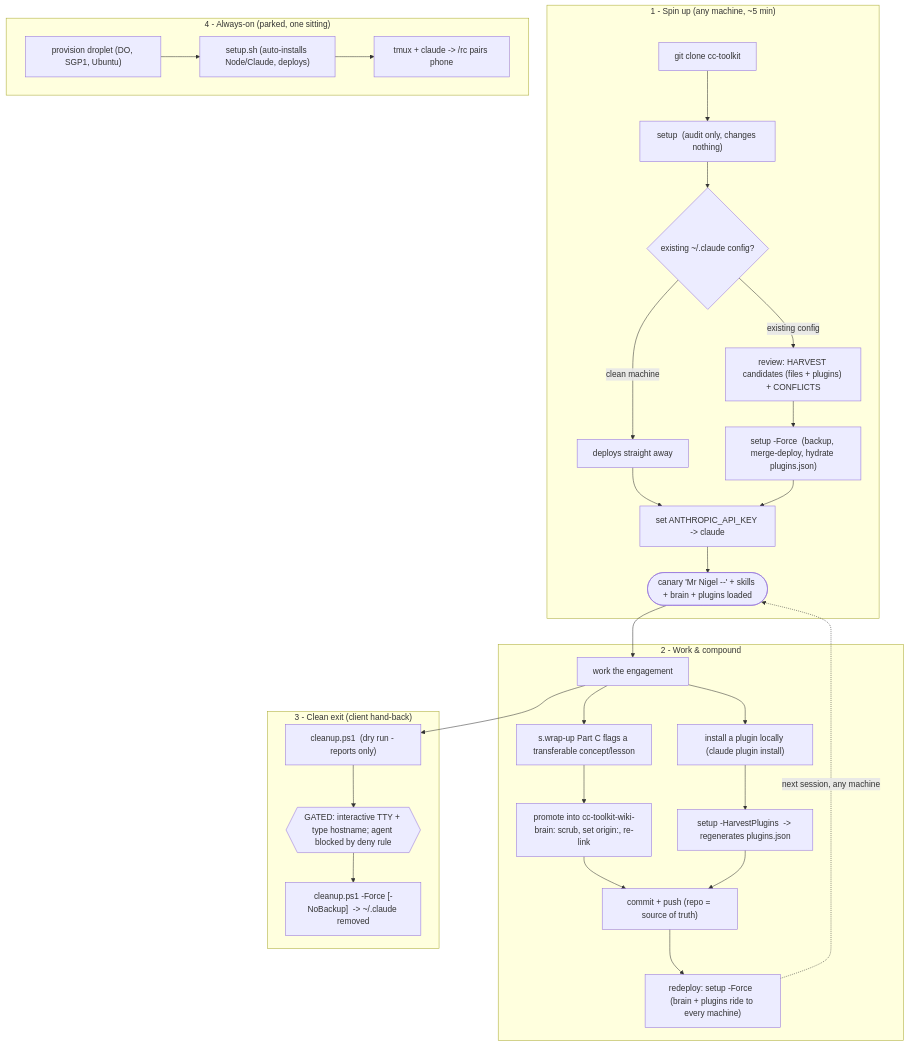
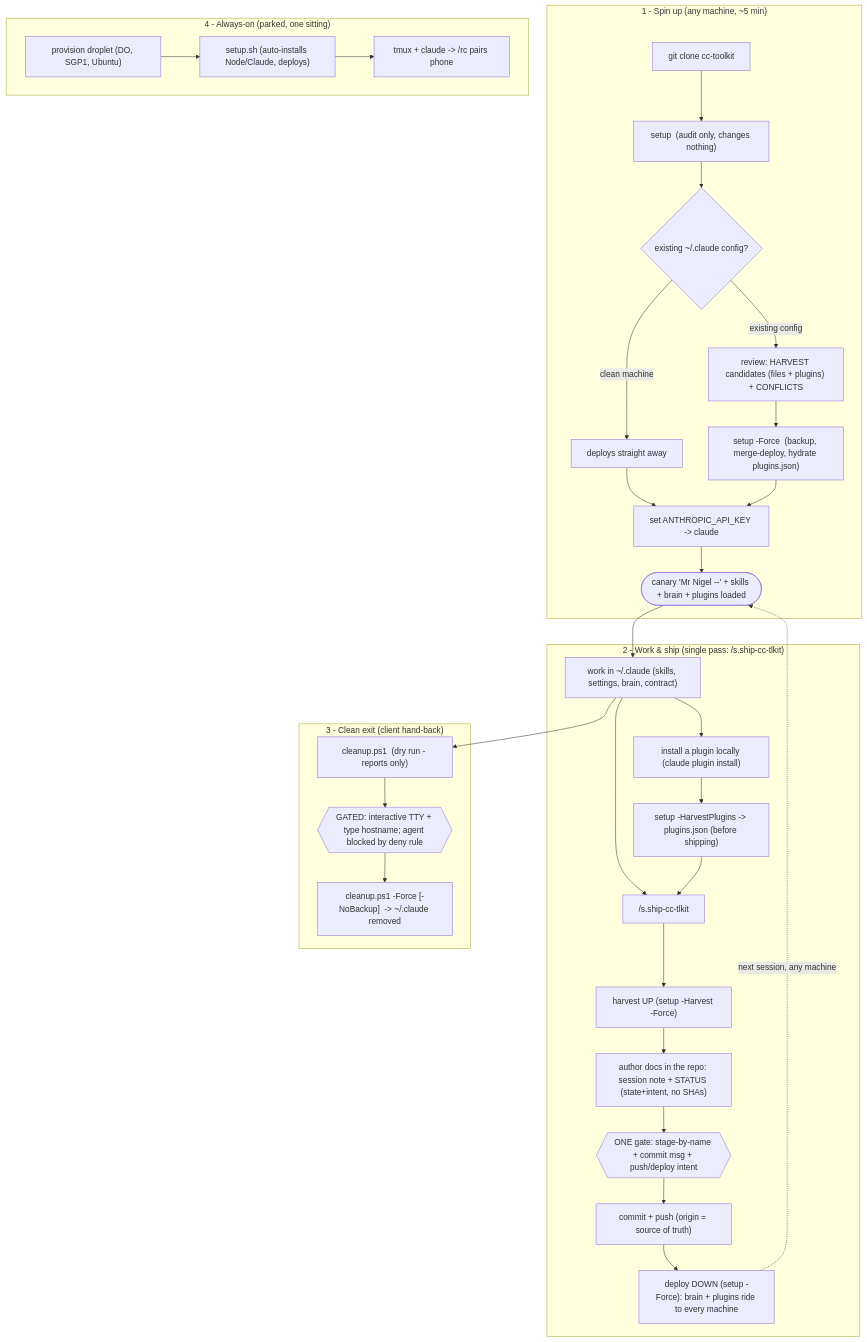
The diagram in cc-toolkit-wiki-brain/playbooks/cc-toolkit-deploy-lifecycle.md (NigelGKT/cc-toolkit), drawn with Mermaid before and after one commit. The commit also changed other lines of this file and 7 other files, not shown here.

Commit message:
feat: single-pass release conductor s.ship-cc-tlkit + retrieve-don't-duplicate cleanup (v1.19.0)

````diff
--- a/cc-toolkit-wiki-brain/playbooks/cc-toolkit-deploy-lifecycle.md
+++ b/cc-toolkit-wiki-brain/playbooks/cc-toolkit-deploy-lifecycle.md
@@ -20,36 +20,38 @@
 ```mermaid
 flowchart TD
     subgraph SPINUP["1 - Spin up (any machine, ~5 min)"]
         A["git clone cc-toolkit"] --> B["setup  (audit only, changes nothing)"]
         B --> C{"existing ~/.claude config?"}
         C -- "clean machine" --> F["deploys straight away"]
         C -- "existing config" --> D["review: HARVEST candidates (files + plugins) + CONFLICTS"]
         D --> E["setup -Force  (backup, merge-deploy, hydrate plugins.json)"]
         F --> G["set ANTHROPIC_API_KEY -> claude"]
         E --> G
         G --> H(["canary 'Mr Nigel --' + skills + brain + plugins loaded"])
     end
 
-    subgraph WORK["2 - Work & compound"]
-        H --> W["work the engagement"]
-        W --> P["s.wrap-up Part C flags a transferable concept/lesson"]
-        P --> Q["promote into cc-toolkit-wiki-brain: scrub, set origin:, re-link"]
-        Q --> R["commit + push (repo = source of truth)"]
+    subgraph WORK["2 - Work & ship (single pass: /s.ship-cc-tlkit)"]
+        H --> W["work in ~/.claude (skills, settings, brain, contract)"]
+        W --> SH["/s.ship-cc-tlkit"]
+        SH --> H1["harvest UP (setup -Harvest -Force)"]
+        H1 --> DOC["author docs in the repo: session note + STATUS (state+intent, no SHAs)"]
+        DOC --> GATE{{"ONE gate: stage-by-name + commit msg + push/deploy intent"}}
+        GATE --> CP["commit + push (origin = source of truth)"]
+        CP --> DN["deploy DOWN (setup -Force): brain + plugins ride to every machine"]
+        DN -.->|next session, any machine| H
         W --> PL["install a plugin locally (claude plugin install)"]
-        PL --> PH["setup -HarvestPlugins  -> regenerates plugins.json"]
-        PH --> R
-        R --> S["redeploy: setup -Force  (brain + plugins ride to every machine)"]
-        S -.->|next session, any machine| H
+        PL --> PH["setup -HarvestPlugins -> plugins.json (before shipping)"]
+        PH --> SH
     end
 
     subgraph EXIT["3 - Clean exit (client hand-back)"]
         W --> X["cleanup.ps1  (dry run - reports only)"]
         X --> Y{{"GATED: interactive TTY + type hostname; agent blocked by deny rule"}}
         Y --> Z["cleanup.ps1 -Force [-NoBackup]  -> ~/.claude removed"]
     end
 
     subgraph VPS["4 - Always-on (parked, one sitting)"]
         V1["provision droplet (DO, SGP1, Ubuntu)"] --> V2["setup.sh (auto-installs Node/Claude, deploys)"]
         V2 --> V3["tmux + claude -> /rc pairs phone"]
     end
 ```
````
